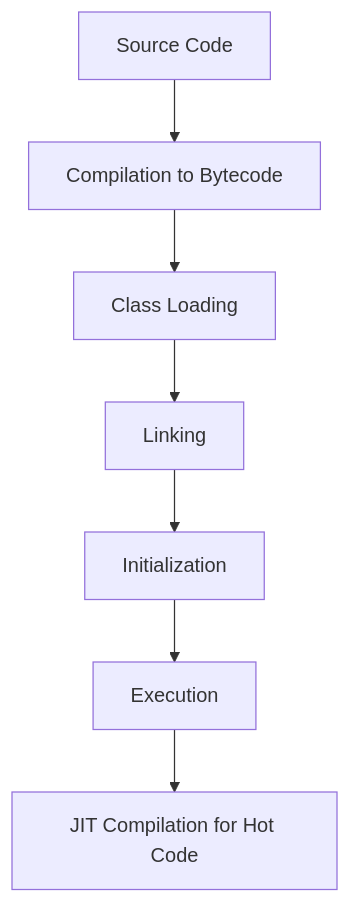
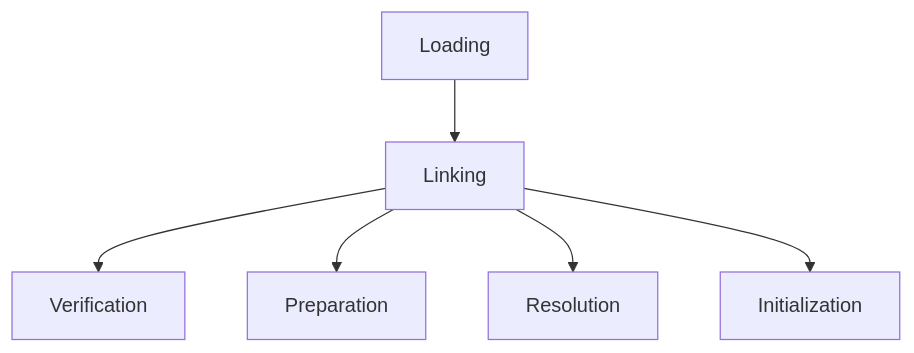
Before and after one commit to VrushankPatel/interview-matters: the diagram in jvm-internals-and-class-loading/README.md, drawn with Mermaid. The commit also changed other lines of this file and 5 other files, not shown here.

````diff
--- a/jvm-internals-and-class-loading/README.md
+++ b/jvm-internals-and-class-loading/README.md
@@ -95,9 +23,8 @@
 ```mermaid
 graph TD
-    A[Source Code] --> B[Compilation to Bytecode]
-    B --> C[Class Loading]
-    C --> D[Linking]
-    D --> E[Initialization]
-    E --> F[Execution]
-    F --> G[JIT Compilation for Hot Code]
+    A[Loading] --> B[Linking]
+    B --> C[Verification]
+    B --> D[Preparation]
+    B --> E[Resolution]
+    B --> F[Initialization]
 ```
````
